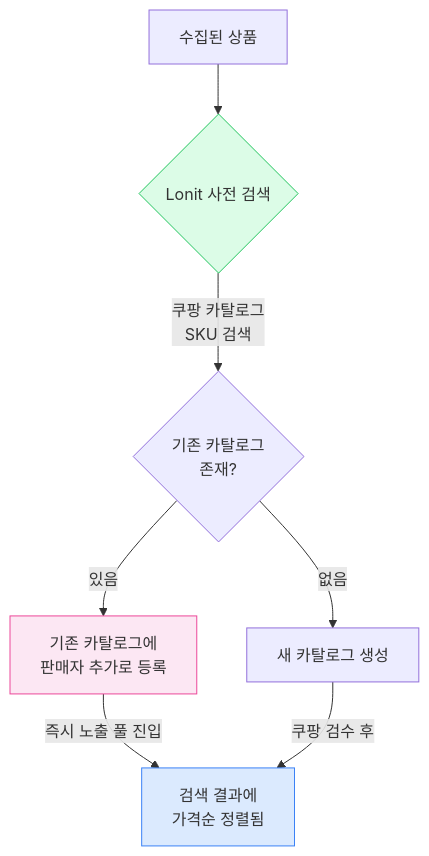
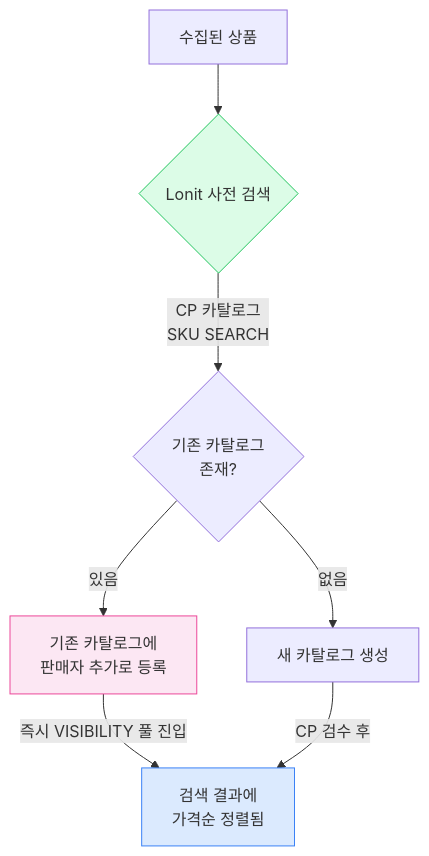
One commit to cksdud5785-design/lonit-manual changed the second of 7 diagrams in docs/04-market-strategy/coupang.md. Above: the diagram before and after it, drawn with Mermaid. The commit also changed other lines of this file and 17 other files, not shown here.

First line of the commit message:
fix: mermaid 한국어 ID → ASCII + 더망고 → T사 일괄 변경

````diff
--- a/docs/04-market-strategy/coupang.md
+++ b/docs/04-market-strategy/coupang.md
@@ -36,16 +36,16 @@
 ```mermaid
 flowchart TB
-    수집[수집된 상품] --> Pre{Lonit 사전 검색}
+    COLLECT[수집된 상품] --> Pre{Lonit 사전 검색}
     
-    Pre -->|쿠팡 카탈로그<br>SKU 검색| Found{기존 카탈로그<br>존재?}
+    Pre -->|CP 카탈로그<br>SKU SEARCH| Found{기존 카탈로그<br>존재?}
     
     Found -->|있음| Match[기존 카탈로그에<br>판매자 추가로 등록]
     Found -->|없음| Create[새 카탈로그 생성]
     
-    Match -->|즉시 노출 풀 진입| List[검색 결과에<br>가격순 정렬됨]
-    Create -->|쿠팡 검수 후| List
+    Match -->|즉시 VISIBILITY 풀 진입| List[검색 결과에<br>가격순 정렬됨]
+    Create -->|CP 검수 후| List
     
     style Pre fill:#dcfce7,stroke:#22c55e
     style Match fill:#fce7f3,stroke:#ec4899
     style List fill:#dbeafe,stroke:#3b82f6
 ```
````
